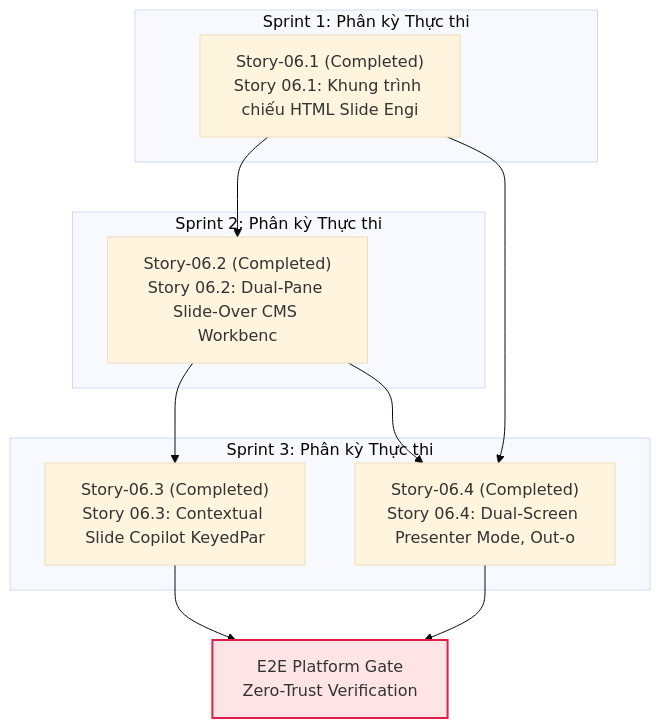
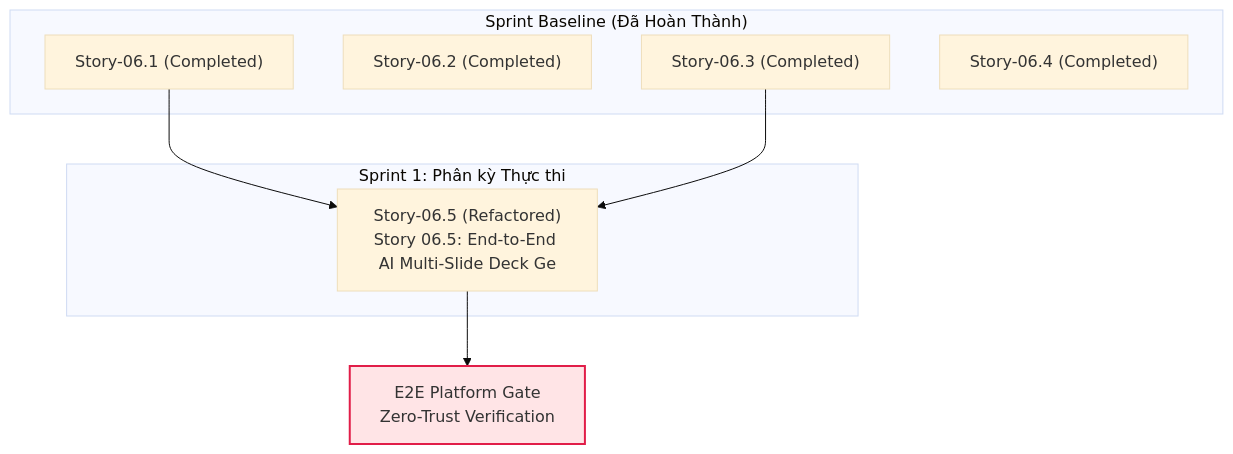
Before and after one commit to Nam123321/cowok-design: the diagram in _iwish-output/3. Development/1. Epic & Story/VS-03. HTML-Native 16:9 Presentation & Dual-Pane CMS Studio/Epic-06/epic.md, drawn with Mermaid (base theme). The commit also changed other lines of this file and 341 other files, not shown here.

````diff
--- a/_iwish-output/3. Development/1. Epic & Story/VS-03. HTML-Native 16:9 Presentation & Dual-Pane CMS Studio/Epic-06/epic.md
+++ b/_iwish-output/3. Development/1. Epic & Story/VS-03. HTML-Native 16:9 Presentation & Dual-Pane CMS Studio/Epic-06/epic.md
@@ -114,28 +116,24 @@
 ```mermaid
 flowchart TD
-    subgraph S1["Sprint 1: Phân kỳ Thực thi"]
-        Story_06_1["Story-06.1 (Completed)<br>Story 06.1: Khung trình chiếu HTML Slide Engi"]
+    subgraph S0["Sprint Baseline (Đã Hoàn Thành)"]
+        Story_06_1["Story-06.1 (Completed)"]
+        Story_06_2["Story-06.2 (Completed)"]
+        Story_06_3["Story-06.3 (Completed)"]
+        Story_06_4["Story-06.4 (Completed)"]
     end
 
-    subgraph S2["Sprint 2: Phân kỳ Thực thi"]
-        Story_06_2["Story-06.2 (Completed)<br>Story 06.2: Dual-Pane Slide-Over CMS Workbenc"]
-    end
-
-    subgraph S3["Sprint 3: Phân kỳ Thực thi"]
-        Story_06_3["Story-06.3 (Completed)<br>Story 06.3: Contextual Slide Copilot KeyedPar"]
-        Story_06_4["Story-06.4 (Completed)<br>Story 06.4: Dual-Screen Presenter Mode, Out-o"]
+    subgraph S1["Sprint 1: Phân kỳ Thực thi"]
+        Story_06_5["Story-06.5 (Refactored)<br>Story 06.5: End-to-End AI Multi-Slide Deck Ge"]
     end
 
     E2E_GATE["E2E Platform Gate<br>Zero-Trust Verification"]
-    Story_06_1 --> Story_06_2
-    Story_06_2 --> Story_06_3
-    Story_06_1 --> Story_06_4
-    Story_06_2 --> Story_06_4
-    Story_06_3 --> E2E_GATE
-    Story_06_4 --> E2E_GATE
+    Story_06_1 --> Story_06_5
+    Story_06_3 --> Story_06_5
+    Story_06_5 --> E2E_GATE
 
     classDef completed fill:#dcfce7,stroke:#16a34a,stroke-width:2px;
+    classDef refactored fill:#fef3c7,stroke:#d97706,stroke-width:2px;
     classDef backlog fill:#f1f5f9,stroke:#64748b,stroke-width:2px;
     classDef gate fill:#ffe4e6,stroke:#e11d48,stroke-width:2px;
     class E2E_GATE gate;
 ```
````
